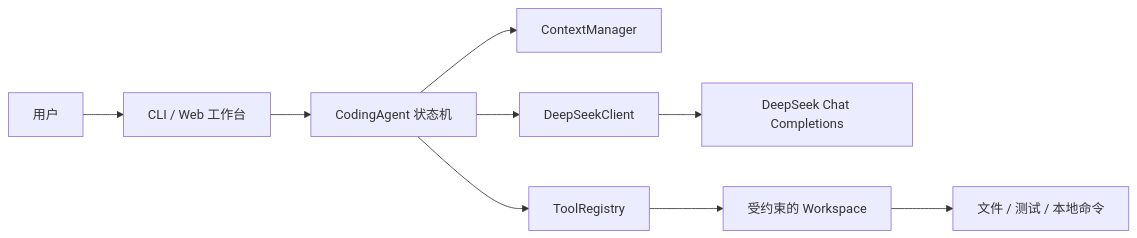
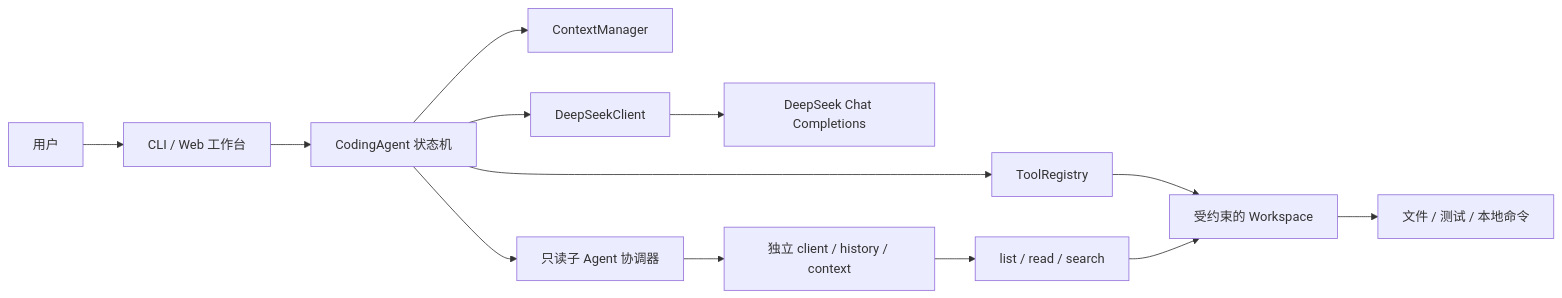
The diagram in README.md (zy576/agent), drawn with Mermaid before and after one commit. The commit also changed other lines of this file and 19 other files, not shown here.

````diff
--- a/README.md
+++ b/README.md
@@ -163,11 +179,15 @@
 ```mermaid
 flowchart LR
     U[用户] --> UI[CLI / Web 工作台]
     UI --> A[CodingAgent 状态机]
     A --> C[ContextManager]
     A --> D[DeepSeekClient]
     D --> API[DeepSeek Chat Completions]
     A --> T[ToolRegistry]
+    A --> S[只读子 Agent 协调器]
+    S --> R[独立 client / history / context]
+    R --> T2[list / read / search]
     T --> W[受约束的 Workspace]
+    T2 --> W
     W --> F[文件 / 测试 / 本地命令]
 ```
````
